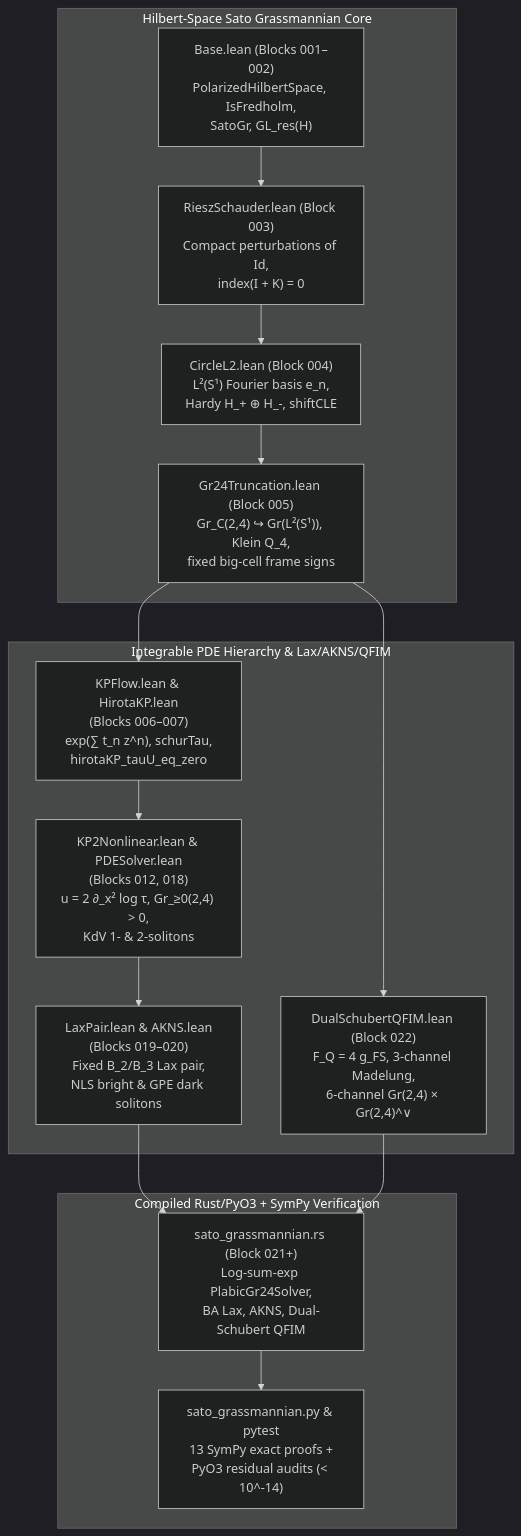
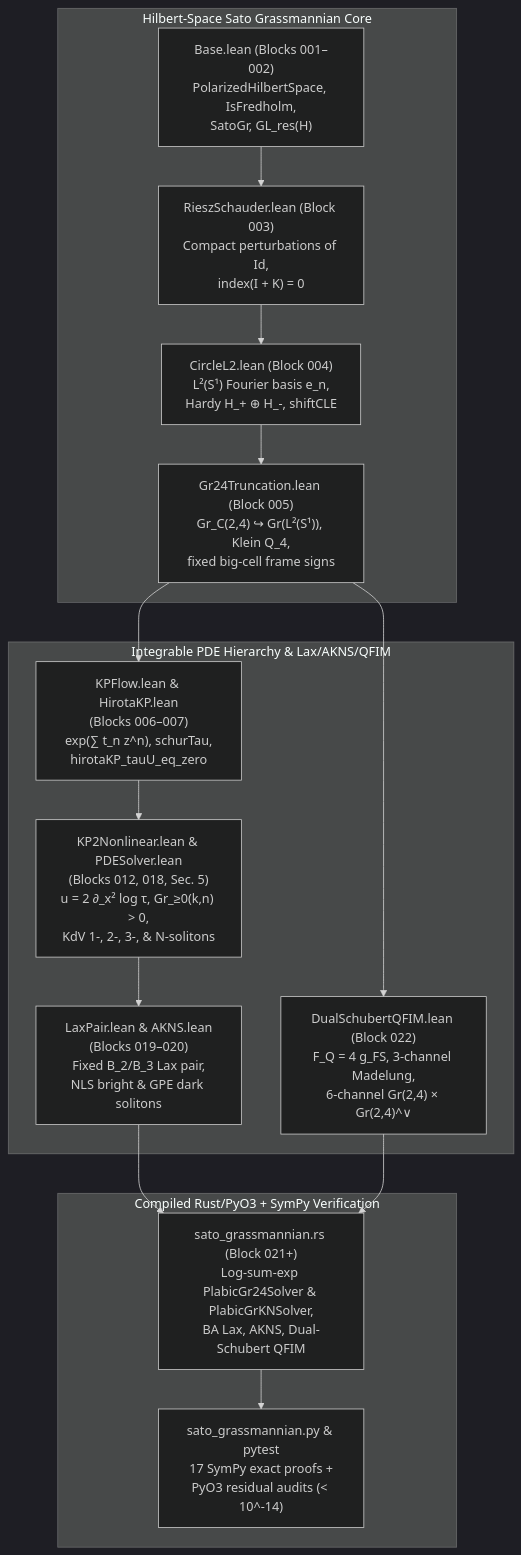
One commit to westurner/sustainablefactory changed the diagram in docs/grassmannian-sato-hilbert-space-kp-pde-solver-akns-qfim-paper.md. Above: the diagram before and after it, drawn with Mermaid (dark theme). The commit also changed other lines of this file and 5 other files, not shown here.

````diff
--- a/docs/grassmannian-sato-hilbert-space-kp-pde-solver-akns-qfim-paper.md
+++ b/docs/grassmannian-sato-hilbert-space-kp-pde-solver-akns-qfim-paper.md
@@ -52,24 +52,24 @@
 ```{mermaid}
 flowchart TB
     subgraph Core["Hilbert-Space Sato Grassmannian Core"]
         B1["Base.lean (Blocks 001–002)\nPolarizedHilbertSpace, IsFredholm,\nSatoGr, GL_res(H)"]
         B2["RieszSchauder.lean (Block 003)\nCompact perturbations of Id,\nindex(I + K) = 0"]
         B3["CircleL2.lean (Block 004)\nL²(S¹) Fourier basis e_n,\nHardy H_+ ⊕ H_-, shiftCLE"]
         B4["Gr24Truncation.lean (Block 005)\nGr_C(2,4) ↪ Gr(L²(S¹)), Klein Q_4,\nfixed big-cell frame signs"]
     end
 
     subgraph PDE["Integrable PDE Hierarchy & Lax/AKNS/QFIM"]
         P1["KPFlow.lean & HirotaKP.lean\n(Blocks 006–007)\nexp(∑ t_n z^n), schurTau,\nhirotaKP_tauU_eq_zero"]
-        P2["KP2Nonlinear.lean & PDESolver.lean\n(Blocks 012, 018)\nu = 2 ∂_x² log τ, Gr_≥0(2,4) > 0,\nKdV 1- & 2-solitons"]
+        P2["KP2Nonlinear.lean & PDESolver.lean\n(Blocks 012, 018, Sec. 5)\nu = 2 ∂_x² log τ, Gr_≥0(k,n) > 0,\nKdV 1-, 2-, 3-, & N-solitons"]
         P3["LaxPair.lean & AKNS.lean\n(Blocks 019–020)\nFixed B_2/B_3 Lax pair,\nNLS bright & GPE dark solitons"]
         P4["DualSchubertQFIM.lean (Block 022)\nF_Q = 4 g_FS, 3-channel Madelung,\n6-channel Gr(2,4) × Gr(2,4)^∨"]
     end
 
     subgraph Runtime["Compiled Rust/PyO3 + SymPy Verification"]
-        R1["sato_grassmannian.rs (Block 021+)\nLog-sum-exp PlabicGr24Solver,\nBA Lax, AKNS, Dual-Schubert QFIM"]
-        R2["sato_grassmannian.py & pytest\n13 SymPy exact proofs +\nPyO3 residual audits (< 10^-14)"]
+        R1["sato_grassmannian.rs (Block 021+)\nLog-sum-exp PlabicGr24Solver & PlabicGrKNSolver,\nBA Lax, AKNS, Dual-Schubert QFIM"]
+        R2["sato_grassmannian.py & pytest\n17 SymPy exact proofs +\nPyO3 residual audits (< 10^-14)"]
     end
 
     B1 --> B2 --> B3 --> B4 --> P1 --> P2 --> P3 --> R1
     B4 --> P4 --> R1 --> R2
 ```
````
